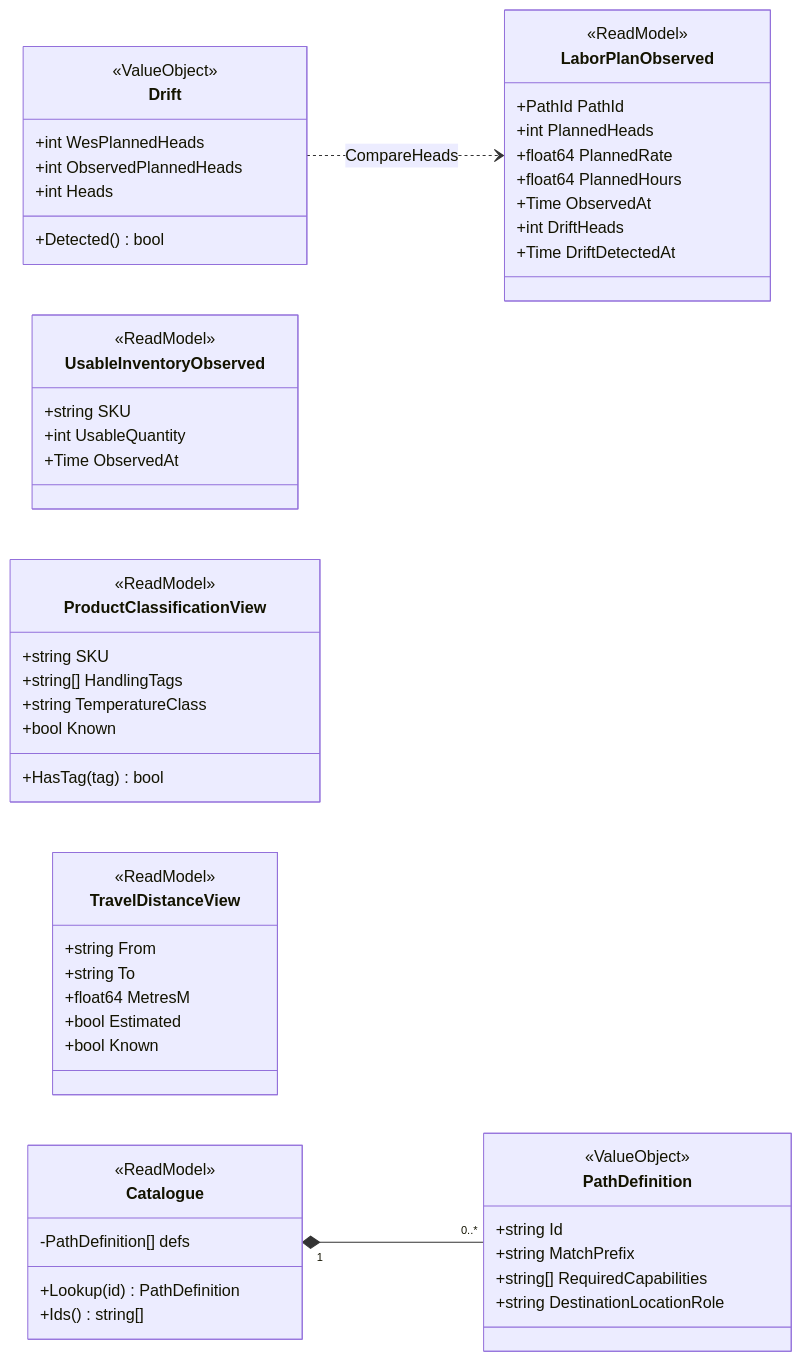
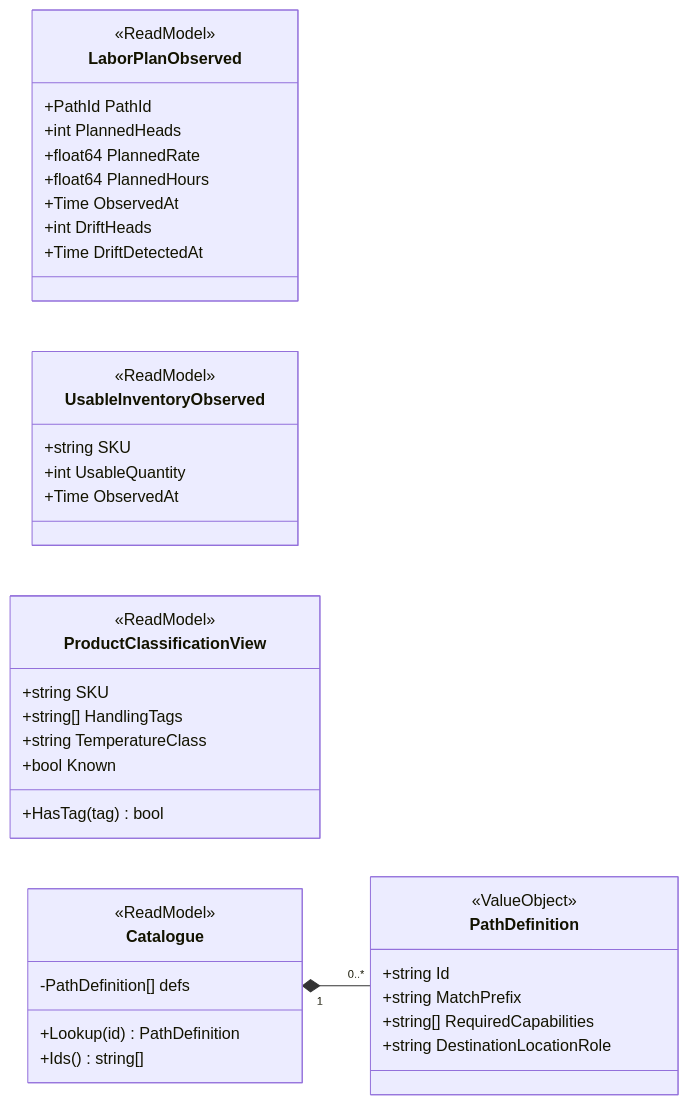
The third of 5 diagrams in docs/docs/ddd/class-diagram.md (IQVO/wes-work-planning), drawn with Mermaid before and after one commit. The commit also changed other lines of this file and 10 other files, not shown here.

````diff
--- a/docs/docs/ddd/class-diagram.md
+++ b/docs/docs/ddd/class-diagram.md
@@ -276,58 +218,42 @@
 ```mermaid
 classDiagram
     direction LR
     class LaborPlanObserved {
         <<ReadModel>>
         +PathId PathId
         +int PlannedHeads
         +float64 PlannedRate
         +float64 PlannedHours
         +Time ObservedAt
         +int DriftHeads
         +Time DriftDetectedAt
-    }
-    class Drift {
-        <<ValueObject>>
-        +int WesPlannedHeads
-        +int ObservedPlannedHeads
-        +int Heads
-        +Detected() bool
     }
     class UsableInventoryObserved {
         <<ReadModel>>
         +string SKU
         +int UsableQuantity
         +Time ObservedAt
     }
     class ProductClassificationView {
         <<ReadModel>>
         +string SKU
         +string[] HandlingTags
         +string TemperatureClass
         +bool Known
         +HasTag(tag) bool
     }
-    class TravelDistanceView {
-        <<ReadModel>>
-        +string From
-        +string To
-        +float64 MetresM
-        +bool Estimated
-        +bool Known
-    }
     class Catalogue {
         <<ReadModel>>
         -PathDefinition[] defs
         +Lookup(id) PathDefinition
         +Ids() string[]
     }
     class PathDefinition {
         <<ValueObject>>
         +string Id
         +string MatchPrefix
         +string[] RequiredCapabilities
         +string DestinationLocationRole
     }
     Catalogue "1" *-- "0..*" PathDefinition
-    Drift ..> LaborPlanObserved : CompareHeads
 ```
````
